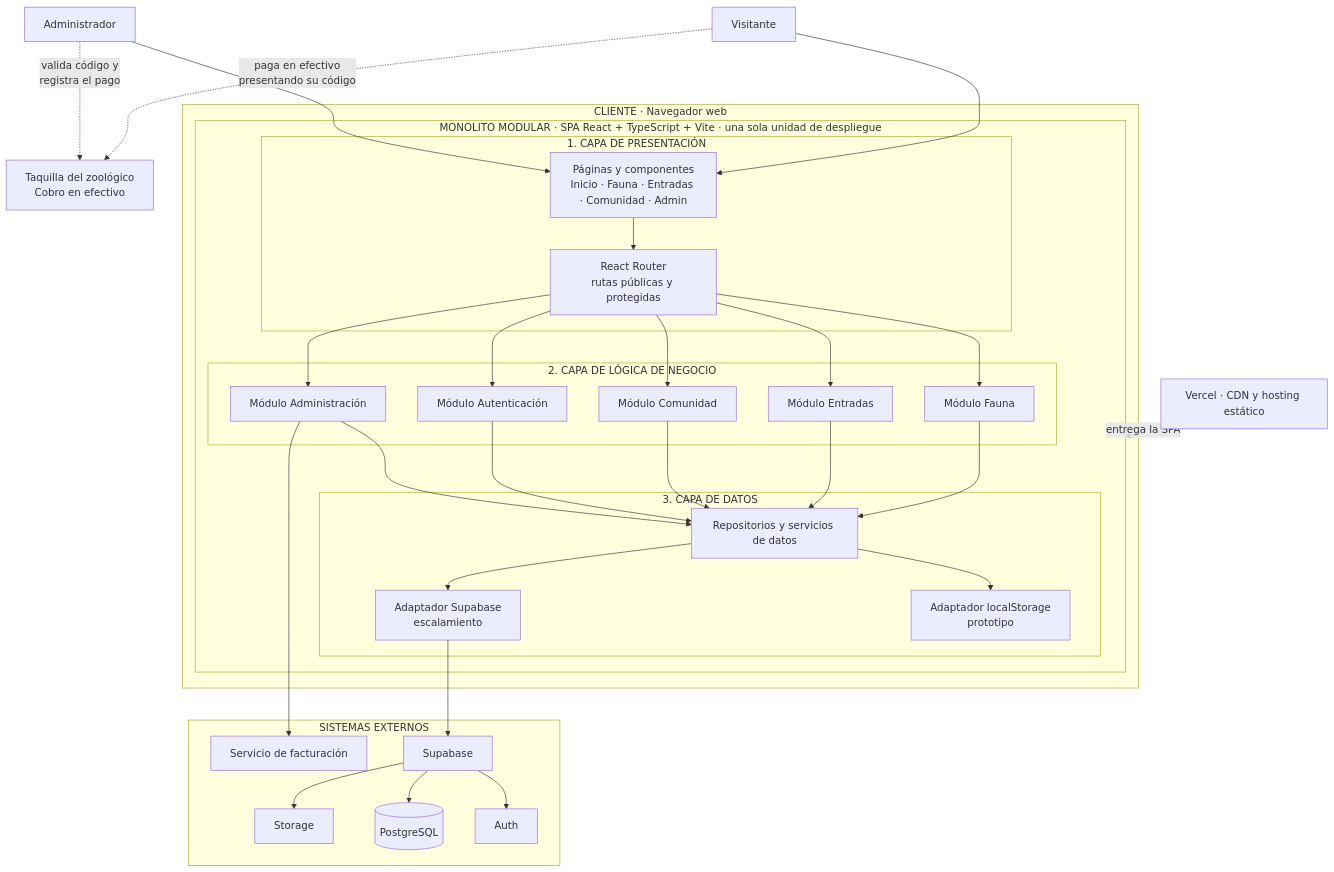
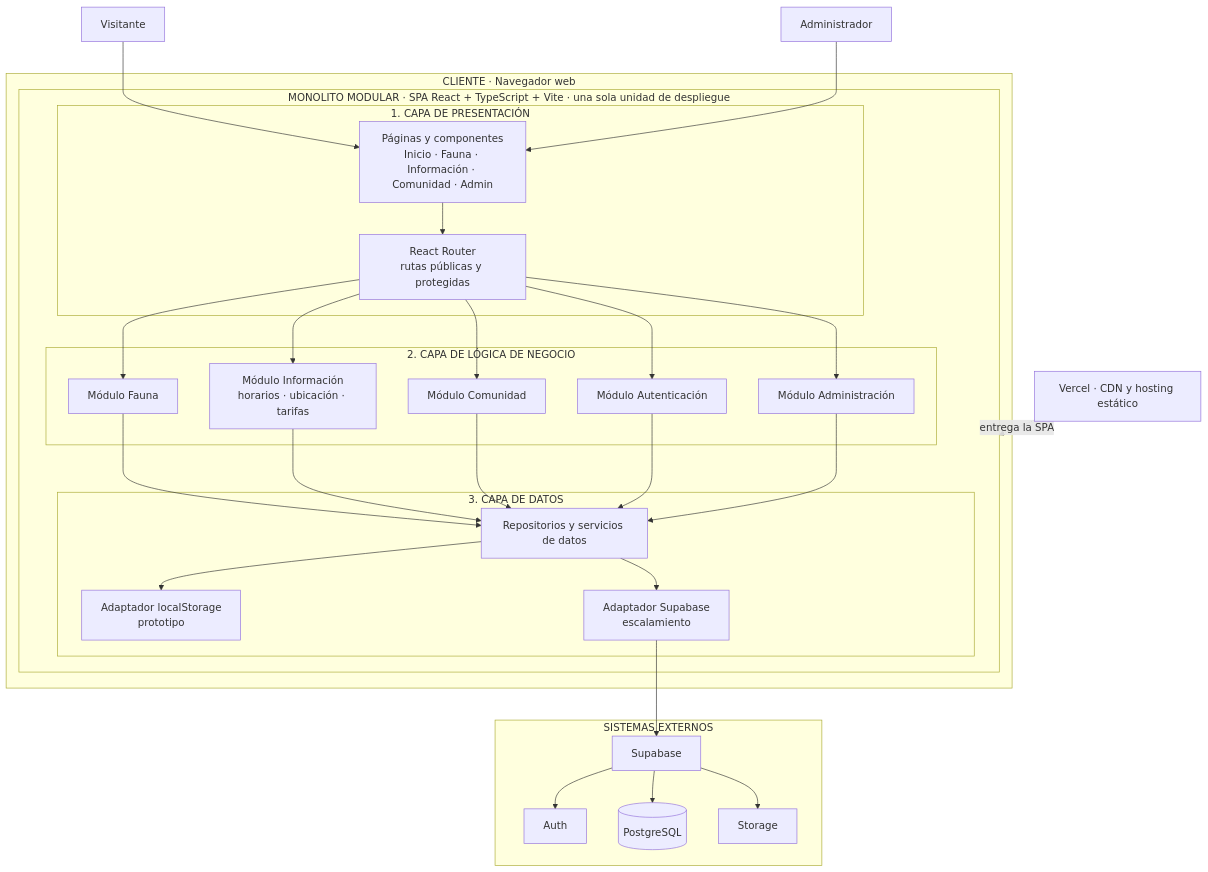
Before and after one commit to gian-sosa/mi-proyecto: the first of 2 diagrams in README.md, drawn with Mermaid. The commit also changed other lines of this file, not shown here.

````diff
--- a/README.md
+++ b/README.md
@@ -259,69 +225,64 @@
 ```mermaid
 flowchart TB
     V["Visitante"]
     A["Administrador"]
-    TAQ["Taquilla del zoológico<br/>Cobro en efectivo"]
 
     subgraph CLIENTE["CLIENTE · Navegador web"]
         subgraph SPA["MONOLITO MODULAR · SPA React + TypeScript + Vite · una sola unidad de despliegue"]
 
             subgraph P["1. CAPA DE PRESENTACIÓN"]
-                UI["Páginas y componentes<br/>Inicio · Fauna · Entradas · Comunidad · Admin"]
+                UI["Páginas y componentes<br/>Inicio · Fauna · Información · Comunidad · Admin"]
                 RT["React Router<br/>rutas públicas y protegidas"]
             end
 
             subgraph N["2. CAPA DE LÓGICA DE NEGOCIO"]
                 MF["Módulo Fauna"]
-                ME["Módulo Entradas"]
+                MI["Módulo Información<br/>horarios · ubicación · tarifas"]
                 MC["Módulo Comunidad"]
                 MA["Módulo Autenticación"]
                 MD["Módulo Administración"]
             end
 
             subgraph D["3. CAPA DE DATOS"]
                 REPO["Repositorios y servicios de datos"]
                 LS["Adaptador localStorage<br/>prototipo"]
                 SB["Adaptador Supabase<br/>escalamiento"]
             end
         end
     end
 
     subgraph EXT["SISTEMAS EXTERNOS"]
         SUPA["Supabase"]
         AUTHS["Auth"]
         DB[("PostgreSQL")]
         STO["Storage"]
-        FACT["Servicio de facturación"]
     end
 
     HOST["Vercel · CDN y hosting estático"]
 
     V --> UI
     A --> UI
-    V -. "paga en efectivo<br/>presentando su código" .-> TAQ
-    A -. "valida código y<br/>registra el pago" .-> TAQ
 
     UI --> RT
     RT --> MF
-    RT --> ME
+    RT --> MI
     RT --> MC
     RT --> MA
     RT --> MD
 
     MF --> REPO
-    ME --> REPO
+    MI --> REPO
     MC --> REPO
     MA --> REPO
     MD --> REPO
 
     REPO --> LS
     REPO --> SB
 
     SB --> SUPA
     SUPA --> AUTHS
     SUPA --> DB
     SUPA --> STO
 
-    MD --> FACT
     HOST -. "entrega la SPA" .-> SPA
 ```
````
